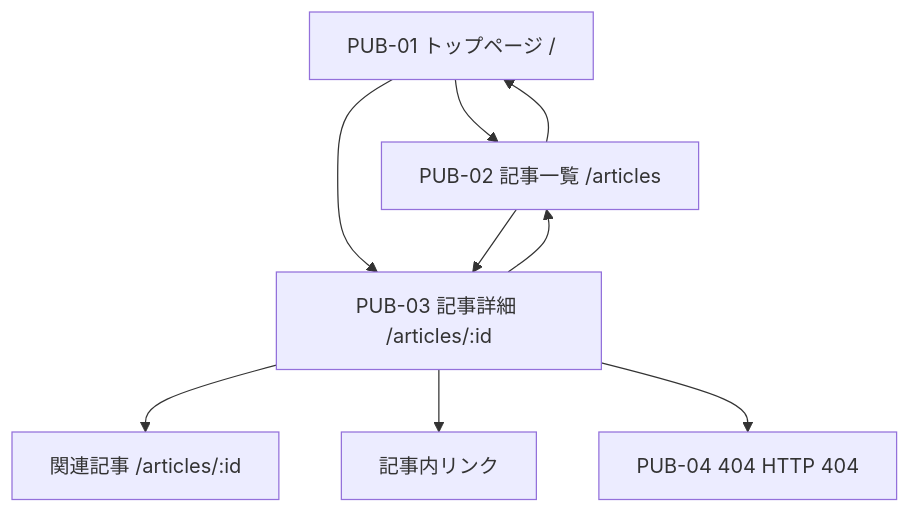
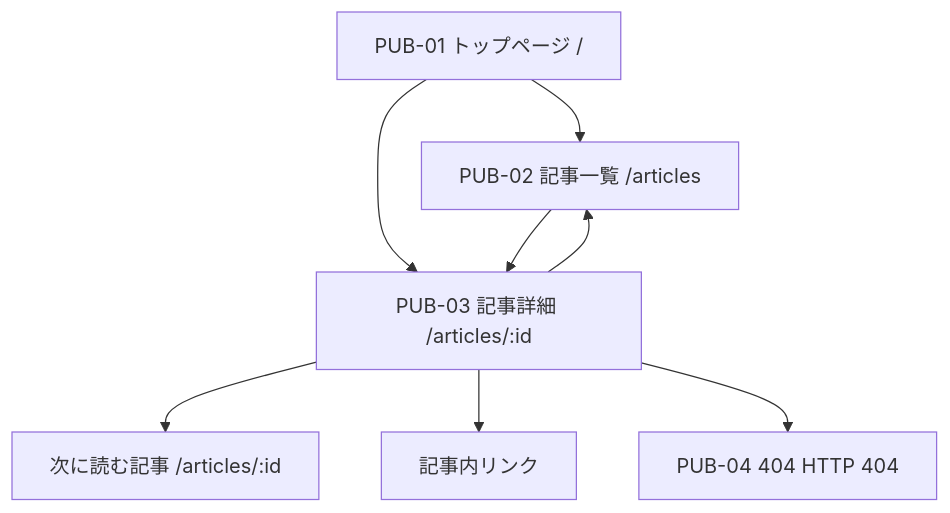
The first of 5 diagrams in docs/screen-flow.md (kouichiiijima-saori/first-data-science), drawn with Mermaid before and after one commit. The commit also changed other lines of this file and 4 other files, not shown here.

````diff
--- a/docs/screen-flow.md
+++ b/docs/screen-flow.md
@@ -30,11 +30,10 @@
 ```mermaid
 flowchart TD
   A["PUB-01 トップページ /"] --> B["PUB-02 記事一覧 /articles"]
   A --> C["PUB-03 記事詳細 /articles/:id"]
   B --> C
   C --> B
-  C --> D["関連記事 /articles/:id"]
+  C --> D["次に読む記事 /articles/:id"]
   C --> E["記事内リンク"]
-  B --> A
   C --> F["PUB-04 404 HTTP 404"]
 ```
````
